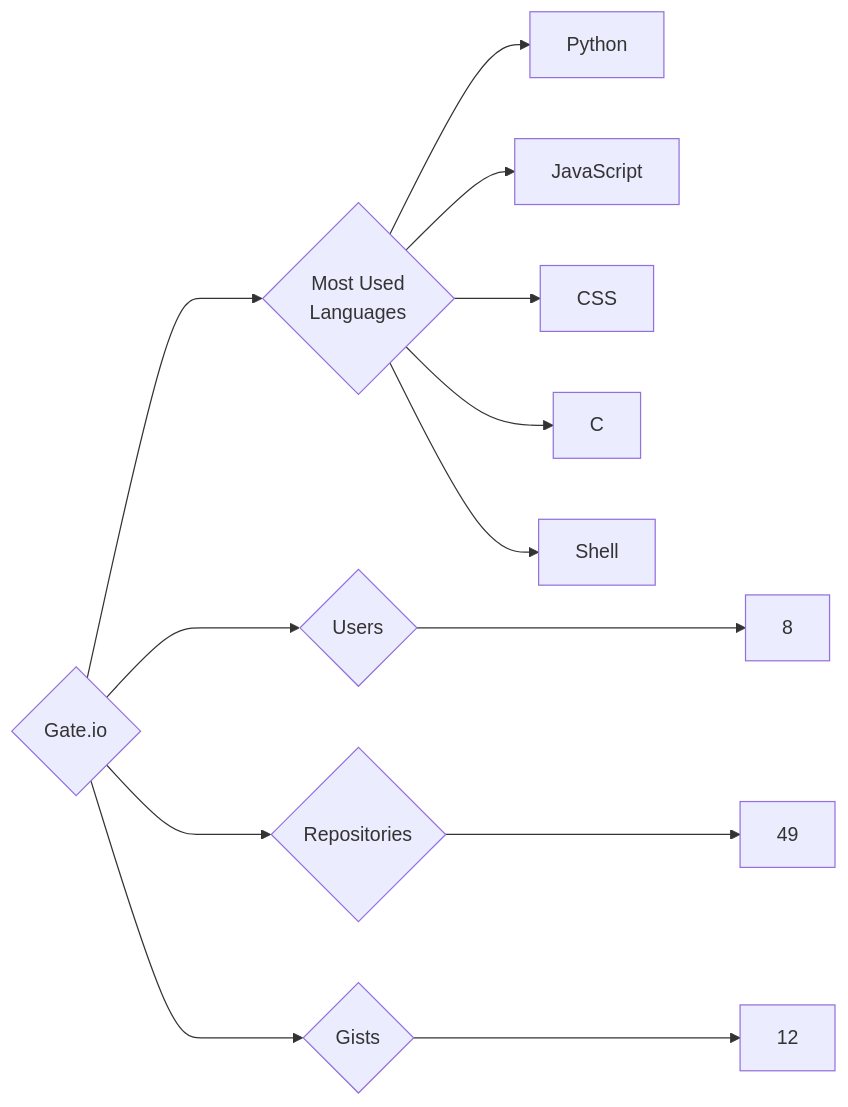
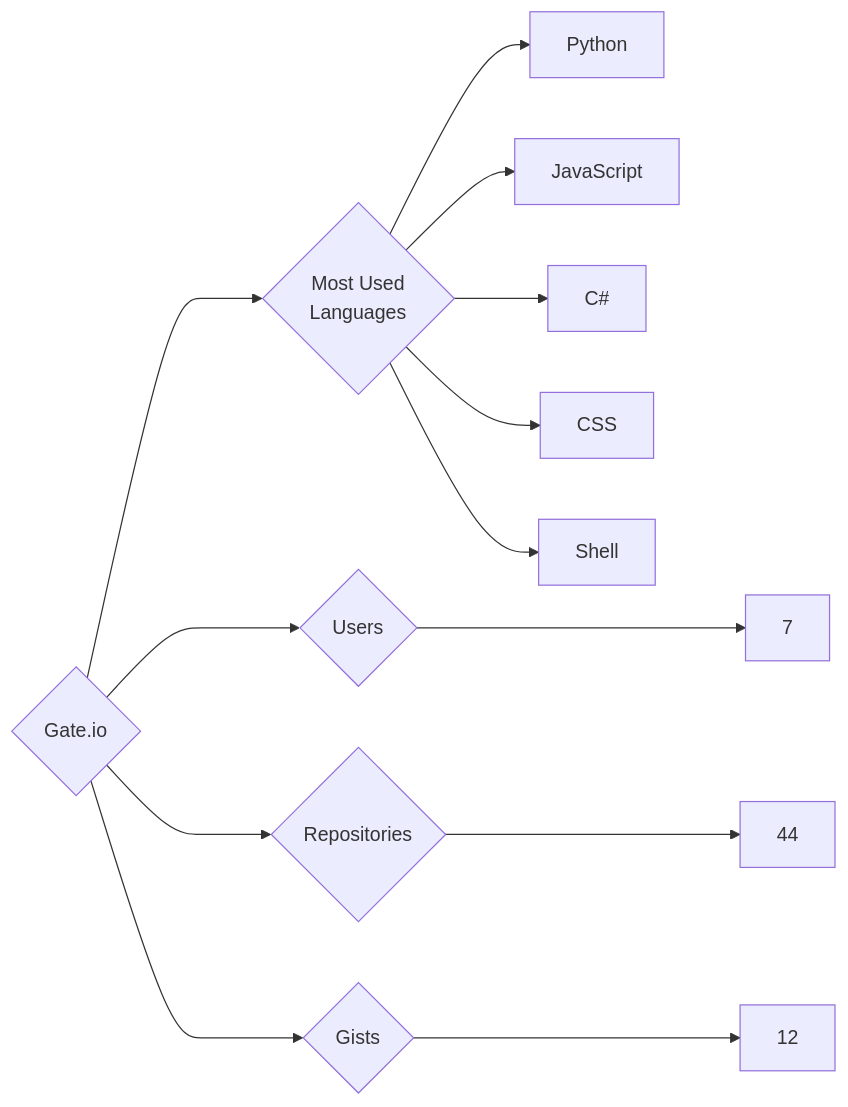
Before and after one commit to trickest/insiders: the diagram in targets/Gate.io/README.md, drawn with Mermaid. The commit also changed 1007 other files, not shown here.

````diff
--- a/targets/Gate.io/README.md
+++ b/targets/Gate.io/README.md
@@ -3,13 +3,13 @@
 ```mermaid
 graph LR
 COMPANY_NAME{Gate.io}
-COMPANY_NAME ---> U{Users} ---> UN[8]
-COMPANY_NAME ---> R{Repositories} ---> RN[49]
+COMPANY_NAME ---> U{Users} ---> UN[7]
+COMPANY_NAME ---> R{Repositories} ---> RN[44]
 COMPANY_NAME ---> G{Gists} ---> GN[12]
 COMPANY_NAME ---> ML{Most Used<br>Languages}
 ML --> Python[Python]
 ML --> JavaScript[JavaScript]
+ML --> C#[C#]
 ML --> CSS[CSS]
-ML --> C[C]
 ML --> Shell[Shell]
 ```
````
